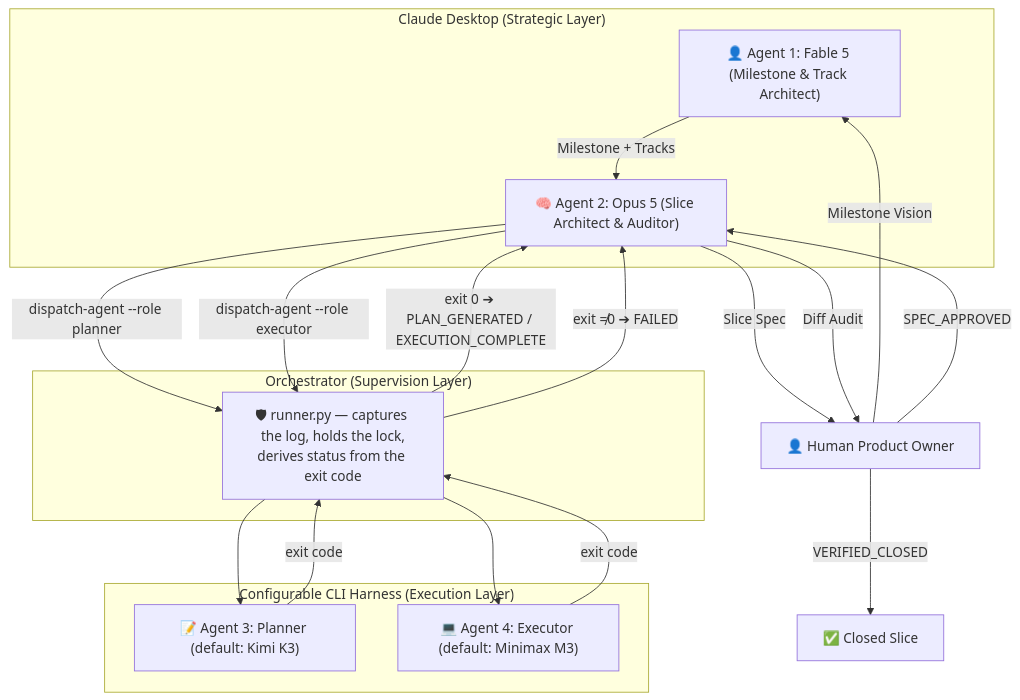
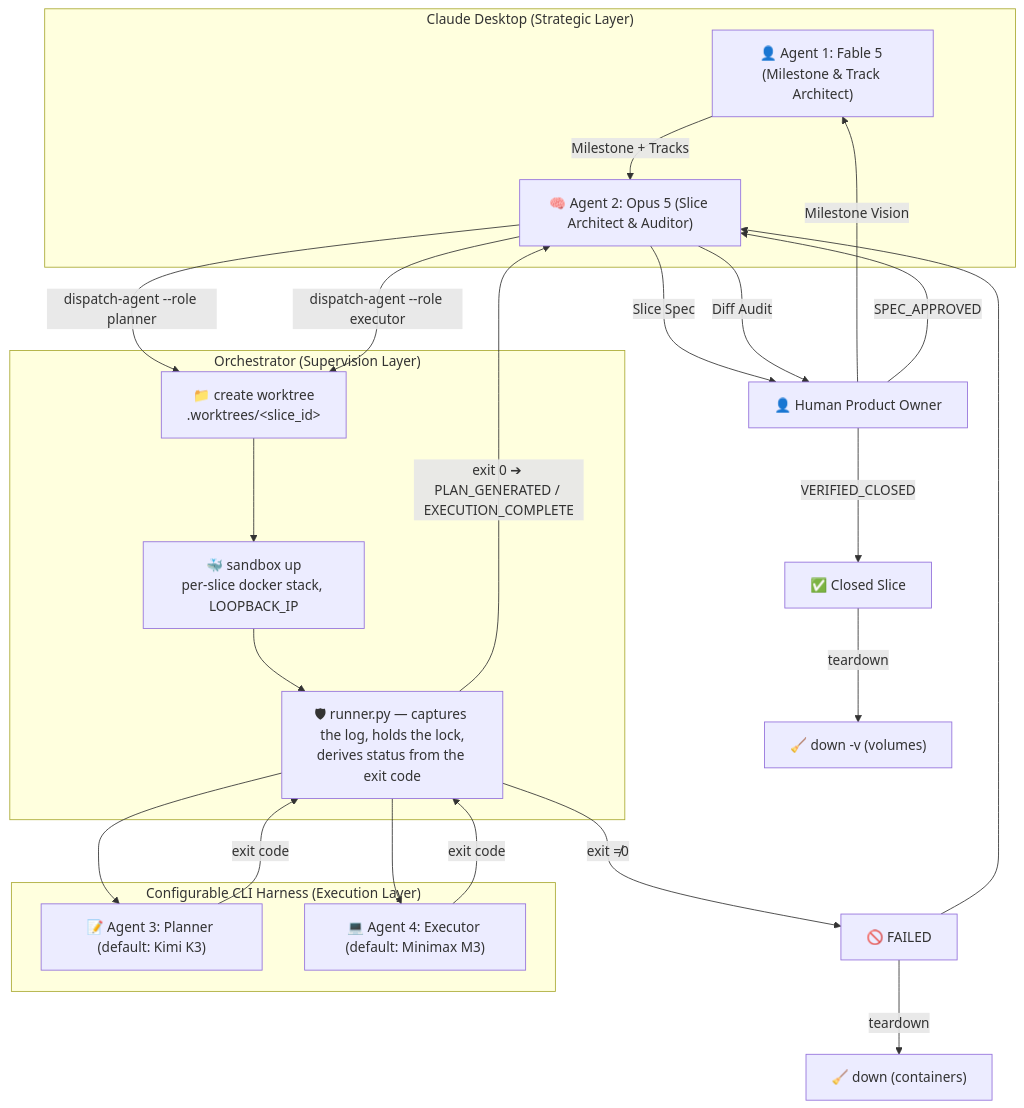
One commit to ramil-zakirov-dev/superpowers-multiagents changed the diagram in README.md. Above: the diagram before and after it, drawn with Mermaid. The commit also changed 4 other files, not shown here.

Commit message:
release: 2.1.0 — native sandbox and the dispatch reordering it required

````diff
--- a/README.md
+++ b/README.md
@@ -50,32 +50,39 @@
 ```mermaid
 flowchart TD
     subgraph GUI ["Claude Desktop (Strategic Layer)"]
         A1["👤 Agent 1: Fable 5 (Milestone & Track Architect)"]
         A2["🧠 Agent 2: Opus 5 (Slice Architect & Auditor)"]
     end
 
     subgraph SUP ["Orchestrator (Supervision Layer)"]
+        W["📁 create worktree<br/>.worktrees/&lt;slice_id&gt;"]
+        SB["🐳 sandbox up<br/>per-slice docker stack, LOOPBACK_IP"]
         R["🛡 runner.py — captures the log, holds the lock,<br/>derives status from the exit code"]
     end
 
     subgraph CLI ["Configurable CLI Harness (Execution Layer)"]
         A3["📝 Agent 3: Planner (default: Kimi K3)"]
         A4["💻 Agent 4: Executor (default: Minimax M3)"]
     end
 
     Human["👤 Human Product Owner"] -->|"Milestone Vision"| A1
     A1 -->|"Milestone + Tracks"| A2
     A2 -->|"Slice Spec"| Human
     Human -->|"SPEC_APPROVED"| A2
 
-    A2 -->|"dispatch-agent --role planner"| R
-    A2 -->|"dispatch-agent --role executor"| R
+    A2 -->|"dispatch-agent --role planner"| W
+    A2 -->|"dispatch-agent --role executor"| W
+    W --> SB
+    SB --> R
     R --> A3
     R --> A4
     A3 -->|"exit code"| R
     A4 -->|"exit code"| R
     R -->|"exit 0 ➔ PLAN_GENERATED / EXECUTION_COMPLETE"| A2
-    R -->|"exit ≠0 ➔ FAILED"| A2
+    R -->|"exit ≠0"| F["🚫 FAILED"]
+    F --> A2
+    F -->|"teardown"| TD1["🧹 down (containers)"]
     A2 -->|"Diff Audit"| Human
     Human -->|"VERIFIED_CLOSED"| Done["✅ Closed Slice"]
+    Done -->|"teardown"| TD2["🧹 down -v (volumes)"]
 ```
````
